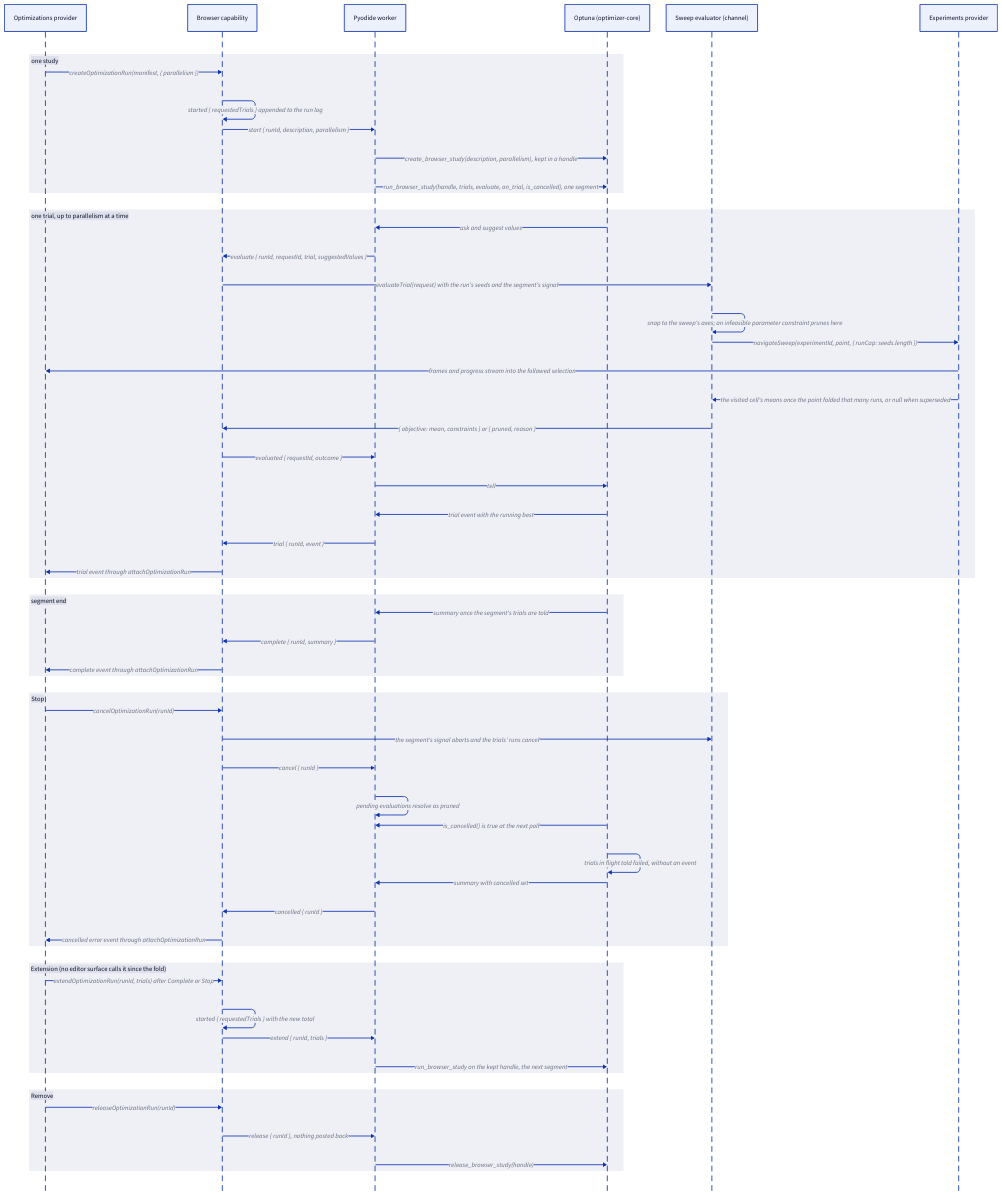
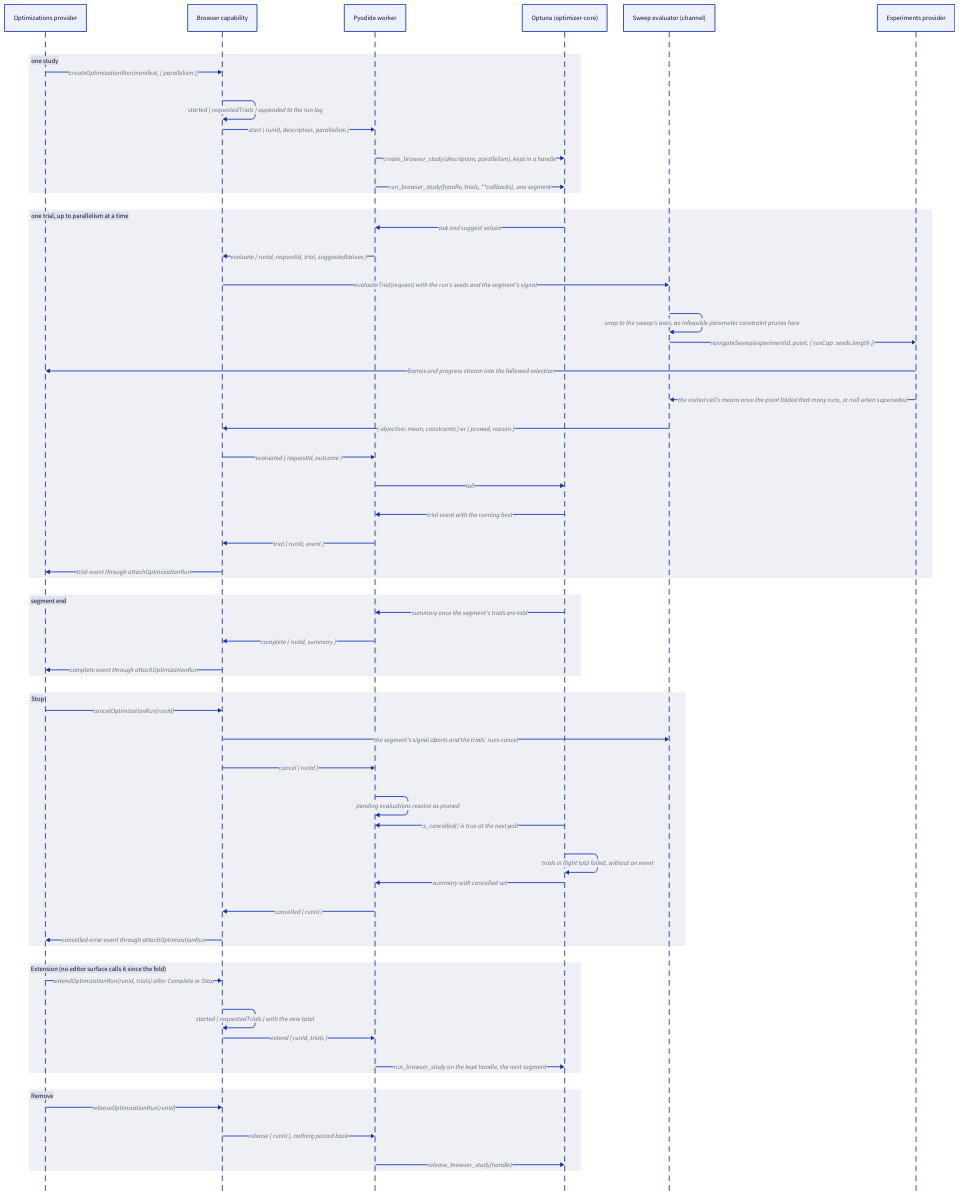
One commit to hashintel/hash changed the diagram in libs/@local/petrinaut-arch-docs/content/diagrams/browser-optimization-loop.d2. Above: the diagram before and after it, drawn with D2. The commit also changed 93 other files, not shown here.

```diff
--- a/libs/@local/petrinaut-arch-docs/content/diagrams/browser-optimization-loop.d2
+++ b/libs/@local/petrinaut-arch-docs/content/diagrams/browser-optimization-loop.d2
@@ -1,64 +1,64 @@
 # Hand-written; rendered by the arch-docs build.
 shape: sequence_diagram
 
 provider: Optimizations provider
 capability: Browser capability
 worker: Pyodide worker
 optuna: Optuna (optimizer-core)
 channel: Sweep evaluator (channel)
 experiments: Experiments provider
 
 one study: {
   provider -> capability: "createOptimizationRun(manifest, { parallelism })"
   capability -> capability: "started { requestedTrials } appended to the run log"
   capability -> worker: "start { runId, description, parallelism }"
   worker -> optuna: create_browser_study(description, parallelism), kept in a handle
-  worker -> optuna: run_browser_study(handle, trials, evaluate, on_trial, is_cancelled), one segment
+  worker -> optuna: run_browser_study(handle, trials, **callbacks), one segment
 }
 
 one trial, up to parallelism at a time: {
   optuna -> worker: ask and suggest values
   worker -> capability: "evaluate { runId, requestId, trial, suggestedValues }"
   capability -> channel: evaluateTrial(request) with the run's seeds and the segment's signal
   channel -> channel: "snap to the sweep's axes; an infeasible parameter constraint prunes here"
   channel -> experiments: "navigateSweep(experimentId, point, { runCap: seeds.length })"
   experiments -> provider: frames and progress stream into the followed selection
   experiments -> channel: "the visited cell's means once the point folded that many runs, or null when superseded"
   channel -> capability: "{ objective: mean, constraints } or { pruned, reason }"
   capability -> worker: "evaluated { requestId, outcome }"
   worker -> optuna: tell
   optuna -> worker: trial event with the running best
   worker -> capability: "trial { runId, event }"
   capability -> provider: trial event through attachOptimizationRun
 }
 
 segment end: {
   optuna -> worker: summary once the segment's trials are told
   worker -> capability: "complete { runId, summary }"
   capability -> provider: complete event through attachOptimizationRun
 }
 
 Stop: {
   provider -> capability: cancelOptimizationRun(runId)
   capability -> channel: the segment's signal aborts and the trials' runs cancel
   capability -> worker: "cancel { runId }"
   worker -> worker: pending evaluations resolve as pruned
   optuna -> worker: is_cancelled() is true at the next poll
   optuna -> optuna: trials in flight told failed, without an event
   optuna -> worker: summary with cancelled set
   worker -> capability: "cancelled { runId }"
   capability -> provider: cancelled error event through attachOptimizationRun
 }
 
 Extension (no editor surface calls it since the fold): {
   provider -> capability: extendOptimizationRun(runId, trials) after Complete or Stop
   capability -> capability: "started { requestedTrials } with the new total"
   capability -> worker: "extend { runId, trials }"
   worker -> optuna: run_browser_study on the kept handle, the next segment
 }
 
 Remove: {
   provider -> capability: releaseOptimizationRun(runId)
   capability -> worker: "release { runId }, nothing posted back"
   worker -> optuna: release_browser_study(handle)
 }
```
